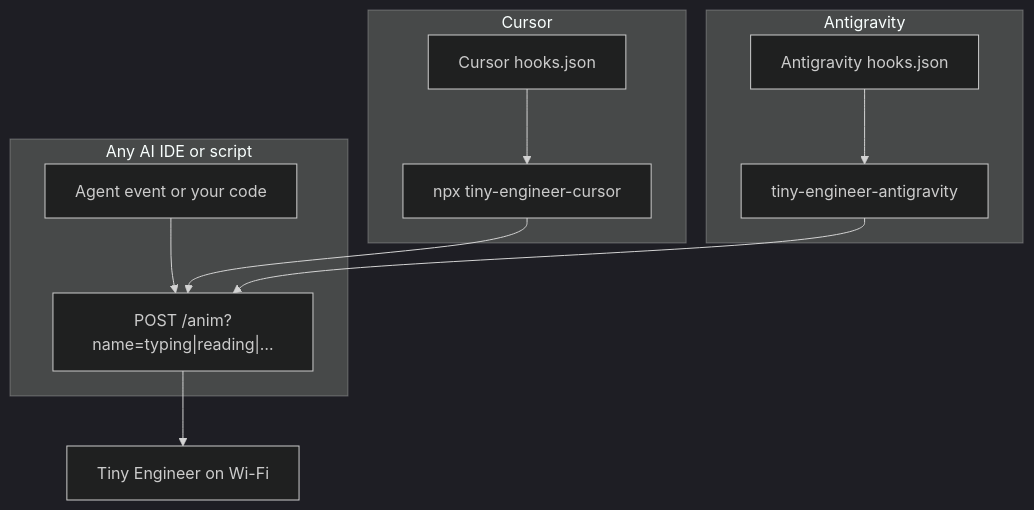
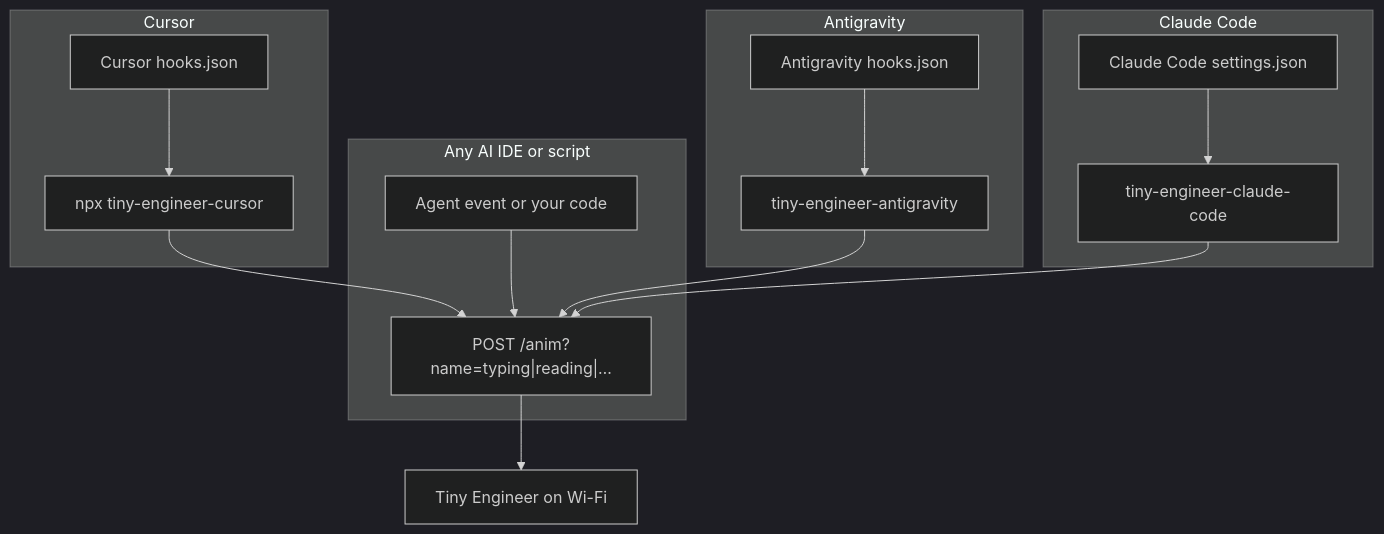
Before and after one commit to jamro/tiny-engineer: the diagram in docs/integration.md, drawn with Mermaid (dark theme). The commit also changed other lines of this file and 10 other files, not shown here.

First line of the commit message:
feat(integrations): add Claude Code hooks CLI (#34)

````diff
--- a/docs/integration.md
+++ b/docs/integration.md
@@ -15,18 +16,23 @@
 ```mermaid
 flowchart TB
   subgraph anyIde [Any AI IDE or script]
     HookOrScript[Agent event or your code]
     HookOrScript --> Post["POST /anim?name=typing|reading|…"]
   end
   subgraph cursorPath [Cursor]
     CursorHook[Cursor hooks.json]
     CursorHook --> Npx["npx tiny-engineer-cursor"]
     Npx --> Post
   end
   subgraph antigravityPath [Antigravity]
     AgHook[Antigravity hooks.json]
     AgHook --> AgCli["tiny-engineer-antigravity"]
     AgCli --> Post
   end
+  subgraph claudeCodePath [Claude Code]
+    CcHook[Claude Code settings.json]
+    CcHook --> CcCli["tiny-engineer-claude-code"]
+    CcCli --> Post
+  end
   Post --> Robot[Tiny Engineer on Wi-Fi]
 ```
````
